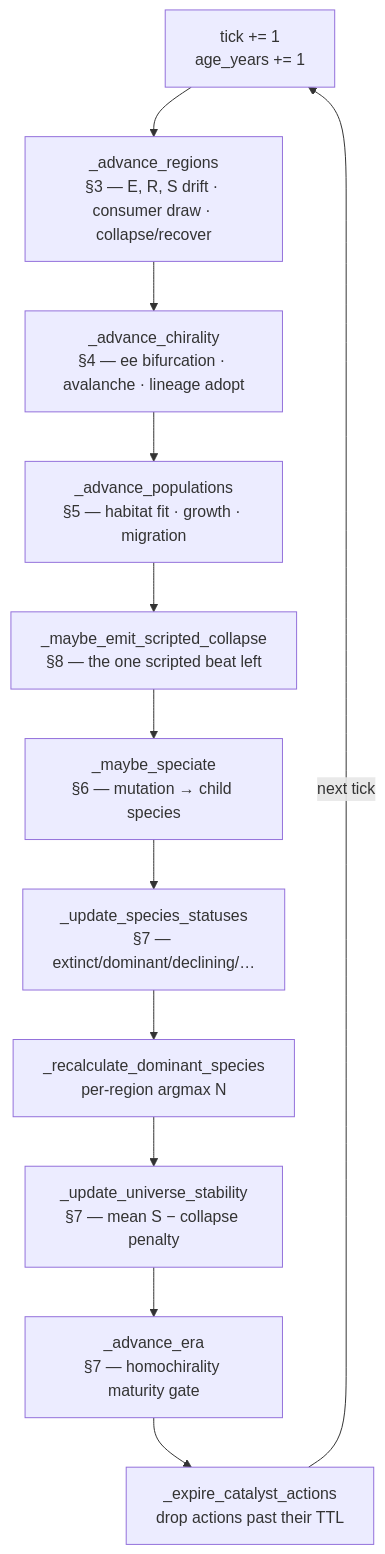
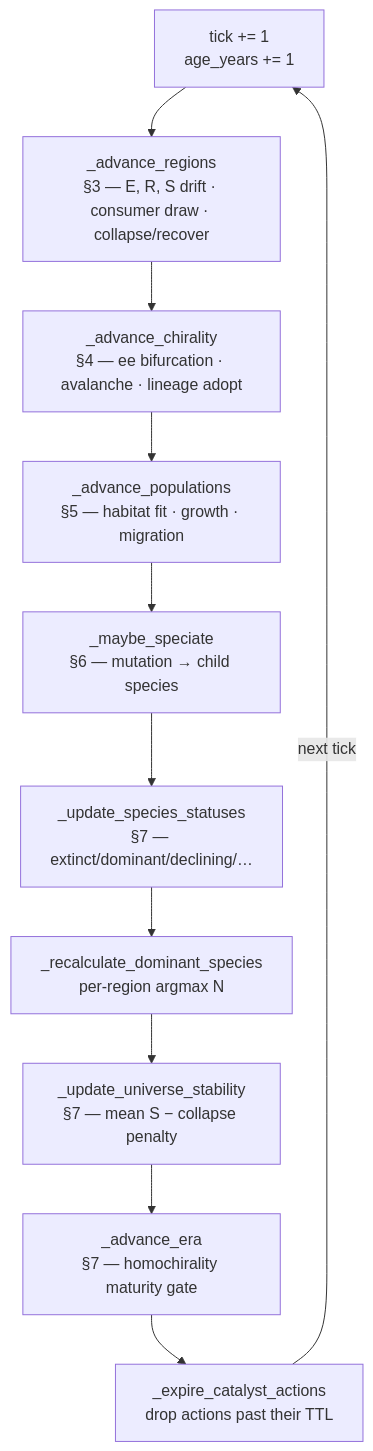
One commit to boraeresici/evoverse changed the diagram in docs/SIMULATION_FLOW_AND_FORMULAS.md. Above: the diagram before and after it, drawn with Mermaid. The commit also changed other lines of this file and 7 other files, not shown here.

````diff
--- a/docs/SIMULATION_FLOW_AND_FORMULAS.md
+++ b/docs/SIMULATION_FLOW_AND_FORMULAS.md
@@ -59,14 +59,13 @@
 ```mermaid
 flowchart TD
     A["tick += 1<br/>age_years += 1"] --> B["_advance_regions<br/>§3 — E, R, S drift · consumer draw · collapse/recover"]
     B --> C["_advance_chirality<br/>§4 — ee bifurcation · avalanche · lineage adopt"]
     C --> D["_advance_populations<br/>§5 — habitat fit · growth · migration"]
-    D --> E["_maybe_emit_scripted_collapse<br/>§8 — the one scripted beat left"]
-    E --> F["_maybe_speciate<br/>§6 — mutation → child species"]
+    D --> F["_maybe_speciate<br/>§6 — mutation → child species"]
     F --> G["_update_species_statuses<br/>§7 — extinct/dominant/declining/…"]
     G --> H["_recalculate_dominant_species<br/>per-region argmax N"]
     H --> I["_update_universe_stability<br/>§7 — mean S − collapse penalty"]
     I --> J["_advance_era<br/>§7 — homochirality maturity gate"]
     J --> K["_expire_catalyst_actions<br/>drop actions past their TTL"]
     K -->|next tick| A
 ```
````
